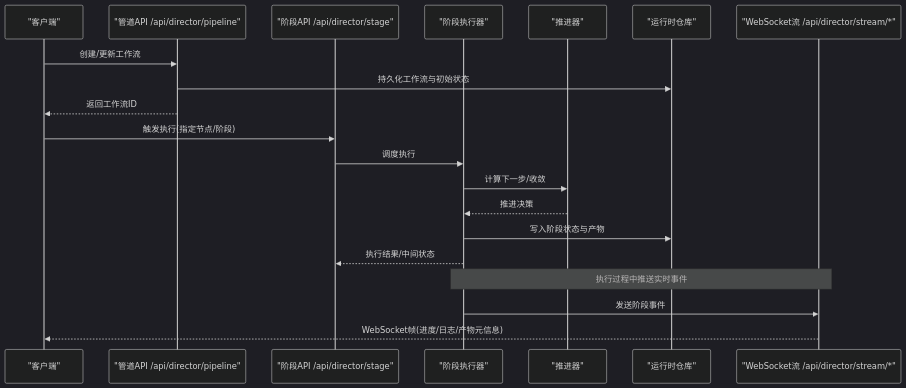
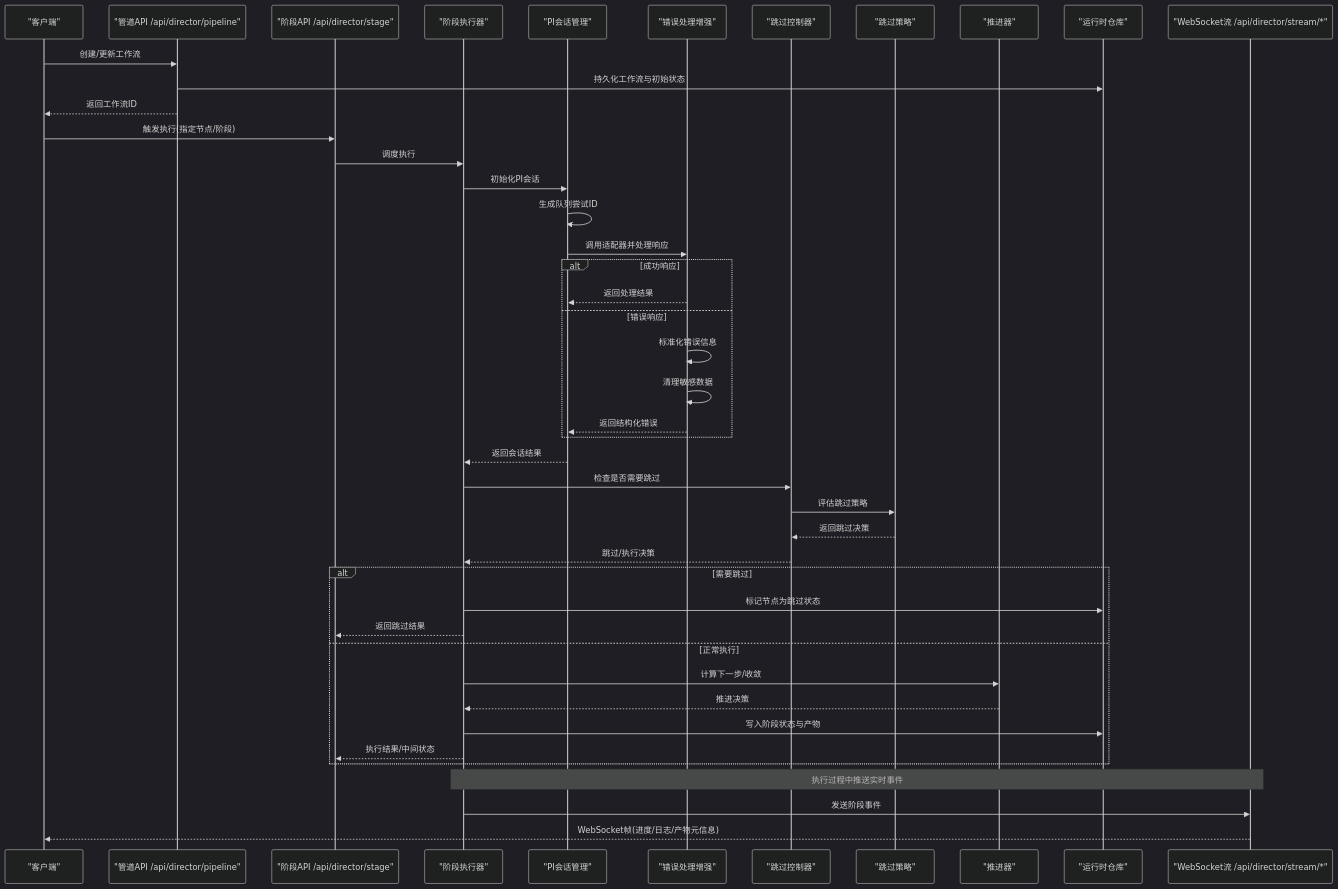
Before and after one commit to scottcwy/PurpleInk: the second of 7 diagrams in .qoder/repowiki/zh/content/API参考/导演系统API/导演系统API.md, drawn with Mermaid (dark theme). The commit also changed other lines of this file and 109 other files, not shown here.

````diff
--- a/.qoder/repowiki/zh/content/API参考/导演系统API/导演系统API.md
+++ b/.qoder/repowiki/zh/content/API参考/导演系统API/导演系统API.md
@@ -119,22 +138,46 @@
 ```mermaid
 sequenceDiagram
 participant C as "客户端"
 participant P as "管道API /api/director/pipeline"
 participant S as "阶段API /api/director/stage"
 participant R as "阶段执行器"
+participant PS as "PI会话管理"
+participant E as "错误处理增强"
+participant SK as "跳过控制器"
+participant SP as "跳过策略"
 participant A as "推进器"
 participant D as "运行时仓库"
 participant W as "WebSocket流 /api/director/stream/*"
 C->>P : 创建/更新工作流
 P->>D : 持久化工作流与初始状态
 P-->>C : 返回工作流ID
 C->>S : 触发执行(指定节点/阶段)
 S->>R : 调度执行
+R->>PS : 初始化PI会话
+PS->>PS : 生成队列尝试ID
+PS->>E : 调用适配器并处理响应
+alt 成功响应
+E-->>PS : 返回处理结果
+else 错误响应
+E->>E : 标准化错误信息
+E->>E : 清理敏感数据
+E-->>PS : 返回结构化错误
+end
+PS-->>R : 返回会话结果
+R->>SK : 检查是否需要跳过
+SK->>SP : 评估跳过策略
+SP-->>SK : 返回跳过决策
+SK-->>R : 跳过/执行决策
+alt 需要跳过
+R->>D : 标记节点为跳过状态
+R-->>S : 返回跳过结果
+else 正常执行
 R->>A : 计算下一步/收敛
 A-->>R : 推进决策
 R->>D : 写入阶段状态与产物
 R-->>S : 执行结果/中间状态
+end
 Note over R,W : 执行过程中推送实时事件
 R->>W : 发送阶段事件
 W-->>C : WebSocket帧(进度/日志/产物元信息)
 ```
````
